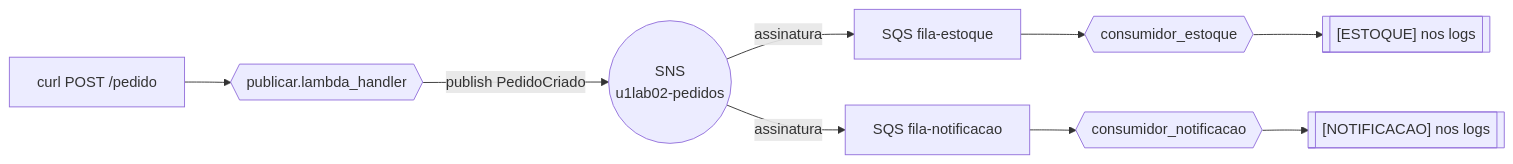
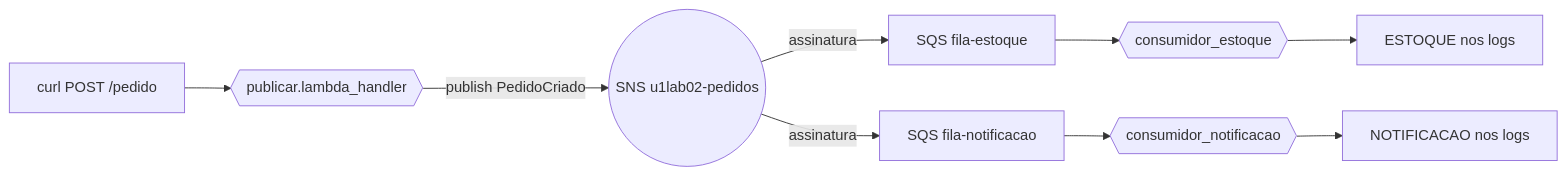
One commit to aulas-marco/arquitetura-serverless-eventdriven changed the diagram in docs/unidade-1/02-demos/u1-02.md. Above: the diagram before and after it, drawn with Mermaid. The commit also changed 10 other files, not shown here.

First line of the commit message:
Corrige erros de parse nos diagramas Mermaid da documentação

````diff
--- a/docs/unidade-1/02-demos/u1-02.md
+++ b/docs/unidade-1/02-demos/u1-02.md
@@ -36,11 +36,11 @@
 ```mermaid
 flowchart LR
     C[curl POST /pedido] --> P{{publicar.lambda_handler}}
-    P -- "publish PedidoCriado" --> T((SNS<br/>u1lab02-pedidos))
+    P -- "publish PedidoCriado" --> T((SNS u1lab02-pedidos))
     T -- assinatura --> QE[SQS fila-estoque]
     T -- assinatura --> QN[SQS fila-notificacao]
     QE --> CE{{consumidor_estoque}}
     QN --> CN{{consumidor_notificacao}}
-    CE --> LE[["[ESTOQUE] nos logs"]]
-    CN --> LN[["[NOTIFICACAO] nos logs"]]
+    CE --> LE["ESTOQUE nos logs"]
+    CN --> LN["NOTIFICACAO nos logs"]
 ```
````
